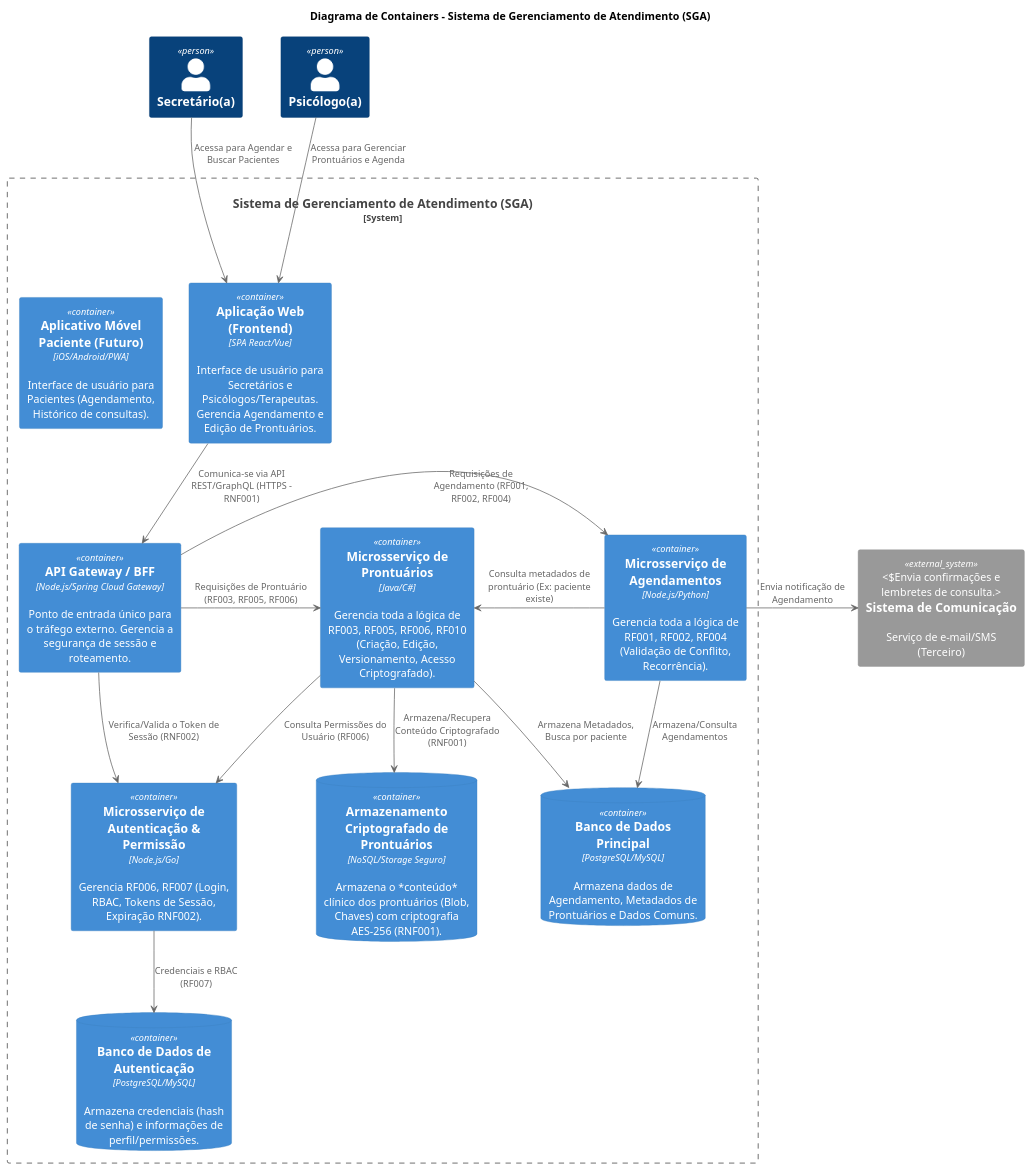
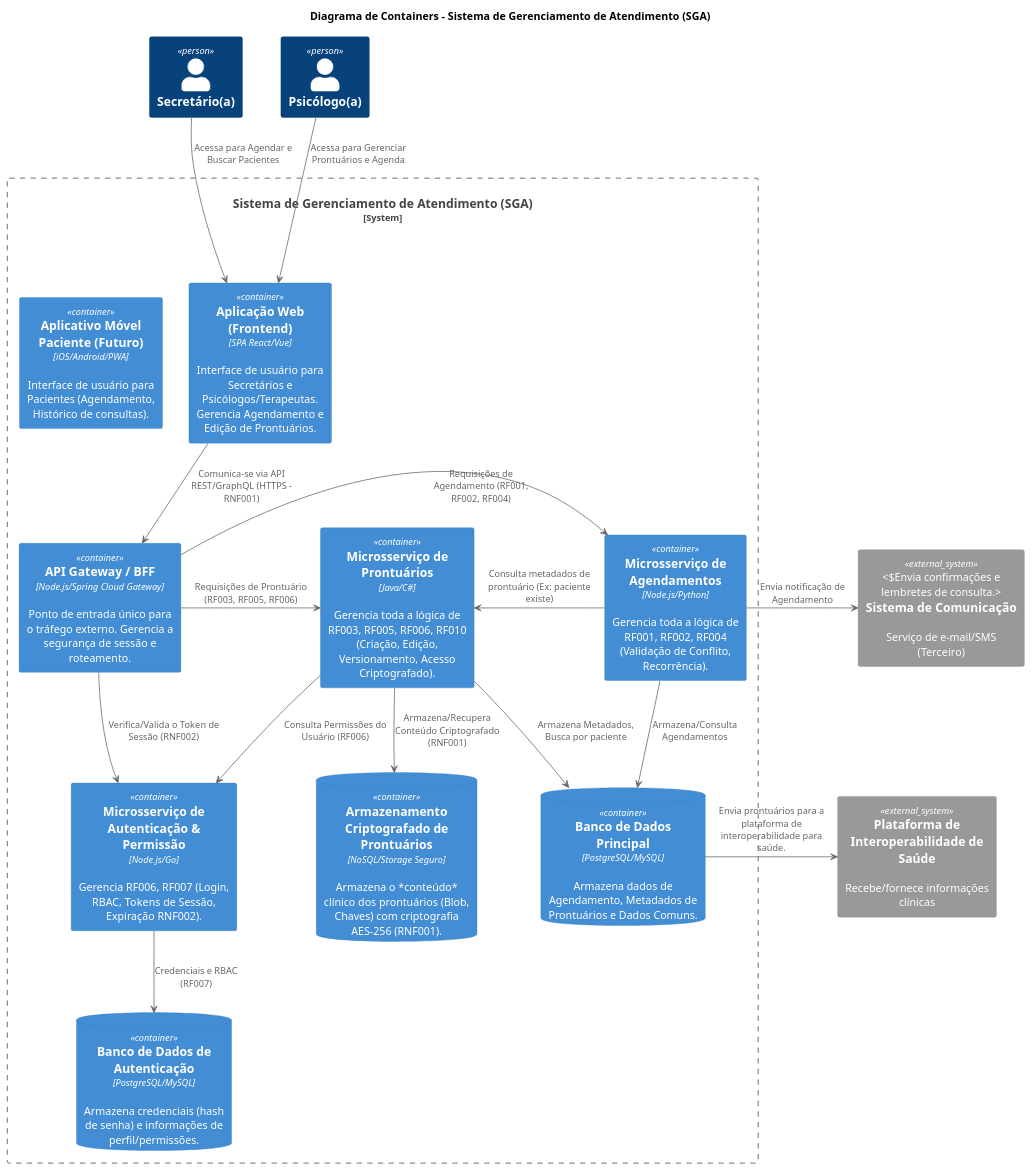
Before and after one commit to CostaDiego/projeto-design-software: the diagram in artefatos_projeto_software/diagrama_container.puml, drawn with PlantUML. The commit also changed 1 other file, not shown here.

Commit message:
adicionando sistema externo aos diagramas

```diff
--- a/artefatos_projeto_software/diagrama_container.puml
+++ b/artefatos_projeto_software/diagrama_container.puml
@@ -1,62 +1,64 @@
 @startuml Container_Diagram
 
 !include <c4/C4_Container.puml>
 
 ' Título do Diagrama e Escopo
 title Diagrama de Containers - Sistema de Gerenciamento de Atendimento (SGA)
 
 System_Boundary(c1, "Sistema de Gerenciamento de Atendimento (SGA)") {
 
     ' Frontends (Interfaces de Usuário)
     Container(WebApp, "Aplicação Web (Frontend)", "SPA React/Vue", "Interface de usuário para Secretários e Psicólogos/Terapeutas. Gerencia Agendamento e Edição de Prontuários.")
     Container(MobileApp, "Aplicativo Móvel Paciente (Futuro)", "iOS/Android/PWA", "Interface de usuário para Pacientes (Agendamento, Histórico de consultas).")
 
     ' Backends (Serviços de Aplicação - Microsserviços Lógicos)
     Container(APIGateway, "API Gateway / BFF", "Node.js/Spring Cloud Gateway", "Ponto de entrada único para o tráfego externo. Gerencia a segurança de sessão e roteamento.")
     Container(AppointmentsSvc, "Microsserviço de Agendamentos", "Node.js/Python", "Gerencia toda a lógica de RF001, RF002, RF004 (Validação de Conflito, Recorrência).")
     Container(RecordsSvc, "Microsserviço de Prontuários", "Java/C#", "Gerencia toda a lógica de RF003, RF005, RF006, RF010 (Criação, Edição, Versionamento, Acesso Criptografado).")
     Container(AuthSvc, "Microsserviço de Autenticação & Permissão", "Node.js/Go", "Gerencia RF006, RF007 (Login, RBAC, Tokens de Sessão, Expiração RNF002).")
 
     ' Armazenamento (Bancos de Dados e File Storage)
     ContainerDb(AuthDB, "Banco de Dados de Autenticação", "PostgreSQL/MySQL", "Armazena credenciais (hash de senha) e informações de perfil/permissões.")
     ContainerDb(MainDB, "Banco de Dados Principal", "PostgreSQL/MySQL", "Armazena dados de Agendamento, Metadados de Prontuários e Dados Comuns.")
     ContainerDb(RecordStorage, "Armazenamento Criptografado de Prontuários", "NoSQL/Storage Seguro", "Armazena o *conteúdo* clínico dos prontuários (Blob, Chaves) com criptografia AES-256 (RNF001).")
 }
 
 ' Atores Externos
 Person(Secretary, "Secretário(a)")
 Person(Psychologist, "Psicólogo(a)")
 
 ' Sistemas Externos
 System_Ext(EmailSMS, "Sistema de Comunicação", "Serviço de e-mail/SMS (Terceiro)", "Envia confirmações e lembretes de consulta.")
+System_Ext(sesgo, "Plataforma de Interoperabilidade de Saúde", "Recebe/fornece informações clínicas")
 
 ' ----------------------------------------------------
 ' Relacionamentos
 ' ----------------------------------------------------
 
 ' 1. Atores com Frontend
 Secretary --> WebApp : Acessa para Agendar e Buscar Pacientes
 Psychologist --> WebApp : Acessa para Gerenciar Prontuários e Agenda
 
 ' 2. Frontend com API Gateway
 WebApp --> APIGateway : Comunica-se via API REST/GraphQL (HTTPS - RNF001)
 
 ' 3. Fluxo de Requisições
 APIGateway -> AuthSvc : Verifica/Valida o Token de Sessão (RNF002)
 
 APIGateway -> AppointmentsSvc : Requisições de Agendamento (RF001, RF002, RF004)
 APIGateway -> RecordsSvc : Requisições de Prontuário (RF003, RF005, RF006)
 
 ' 4. Interações entre Serviços
 AppointmentsSvc --> MainDB : Armazena/Consulta Agendamentos
 AppointmentsSvc -> RecordsSvc : Consulta metadados de prontuário (Ex: paciente existe)
 
 RecordsSvc --> MainDB : Armazena Metadados, Busca por paciente
 RecordsSvc --> RecordStorage : Armazena/Recupera Conteúdo Criptografado (RNF001)
 RecordsSvc --> AuthSvc : Consulta Permissões do Usuário (RF006)
 
 AuthSvc --> AuthDB : Credenciais e RBAC (RF007)
 
 ' 5. Comunicações Externas
 AppointmentsSvc -> EmailSMS : Envia notificação de Agendamento
+MainDB -> sesgo :Envia prontuários para a plataforma de interoperabilidade para saúde.
 @enduml
```
